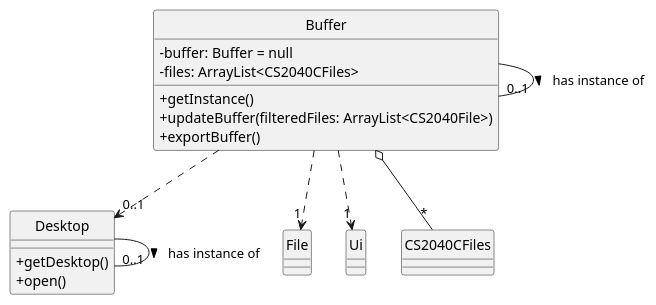
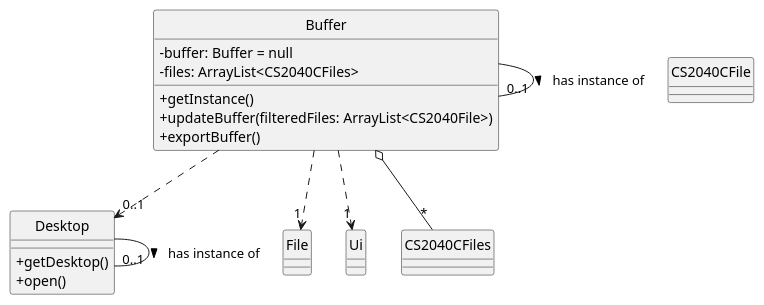
The diagram in docs/class-diagrams/source-files/ExportClass.puml (ong-ck/tp), drawn with PlantUML before and after one commit. The commit also changed 3 other files, not shown here.

```diff
--- a/docs/class-diagrams/source-files/ExportClass.puml
+++ b/docs/class-diagrams/source-files/ExportClass.puml
@@ -1,34 +1,34 @@
 @startuml
 skinparam classAttributeIconSize 0
 
 class Buffer {
 -buffer: Buffer = null
 -files: ArrayList<CS2040CFiles>
 +getInstance()
 +updateBuffer(filteredFiles: ArrayList<CS2040File>)
 +exportBuffer()
 }
 
 class File {
 }
 
 class Ui {
 }
 
-class CS2040CFiles {
+class CS2040CFile {
 }
 
 class Desktop {
 +getDesktop()
 +open()
 }
 
 Buffer ..> "0..1" Desktop
 Desktop - "0..1" Desktop : has instance of >
 Buffer -  "0..1" Buffer: has instance of >
 Buffer ..> "1" Ui
 Buffer ..> "1" File
 Buffer o-- "*" CS2040CFiles
 
 hide circle
 @enduml
```
